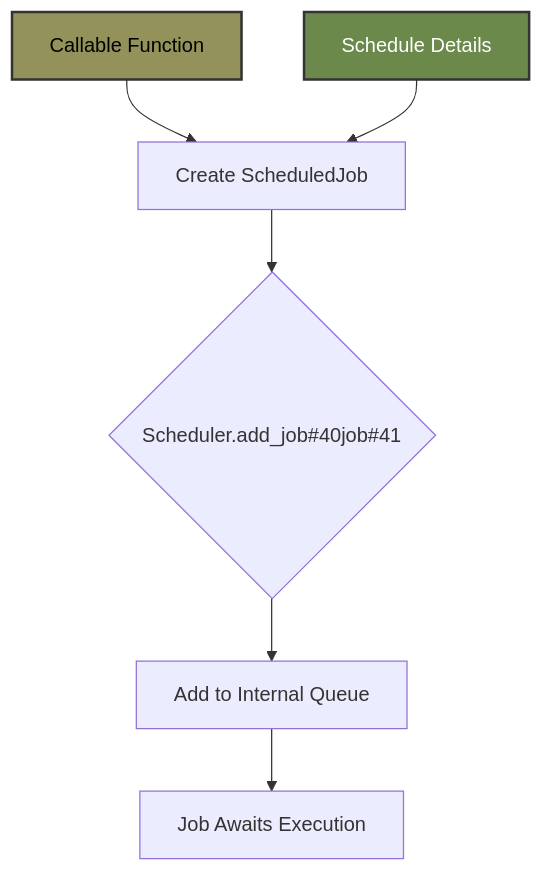
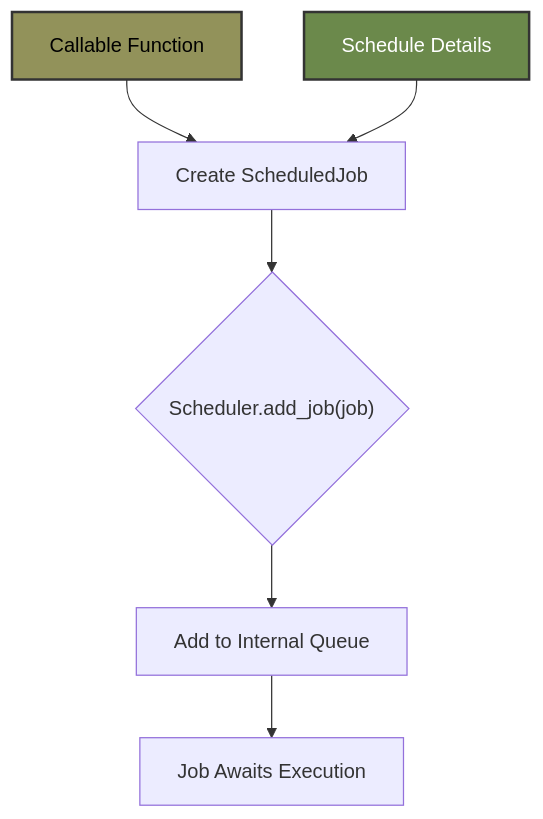
Diagram 13 of 13 in docs/readme_details/8_api_highlights/index.md (ikko/sym), drawn with Mermaid before and after one commit. The commit also changed other lines of this file and 17 other files, not shown here.

````diff
--- a/docs/readme_details/8_api_highlights/index.md
+++ b/docs/readme_details/8_api_highlights/index.md
@@ -567,12 +567,12 @@
 ```mermaid
 graph TD
     A[Callable Function] --> B[Create ScheduledJob];
     C[Schedule Details] --> B;
-    B --> D{Scheduler.add_job#40job#41};
+    B --> D{Scheduler.add_job#40;job#41;};
     D --> E[Add to Internal Queue];
     E --> F[Job Awaits Execution];
     style C fill:#6b894b,stroke:#333,stroke-width:2px,color:#FFFFFF;
 
     style A fill:#92925a,stroke:#333,stroke-width:2px,color:#000000;
     style C fill:#6b894b,stroke:#333,stroke-width:2px,color:#FFFFFF;
 ```
````
